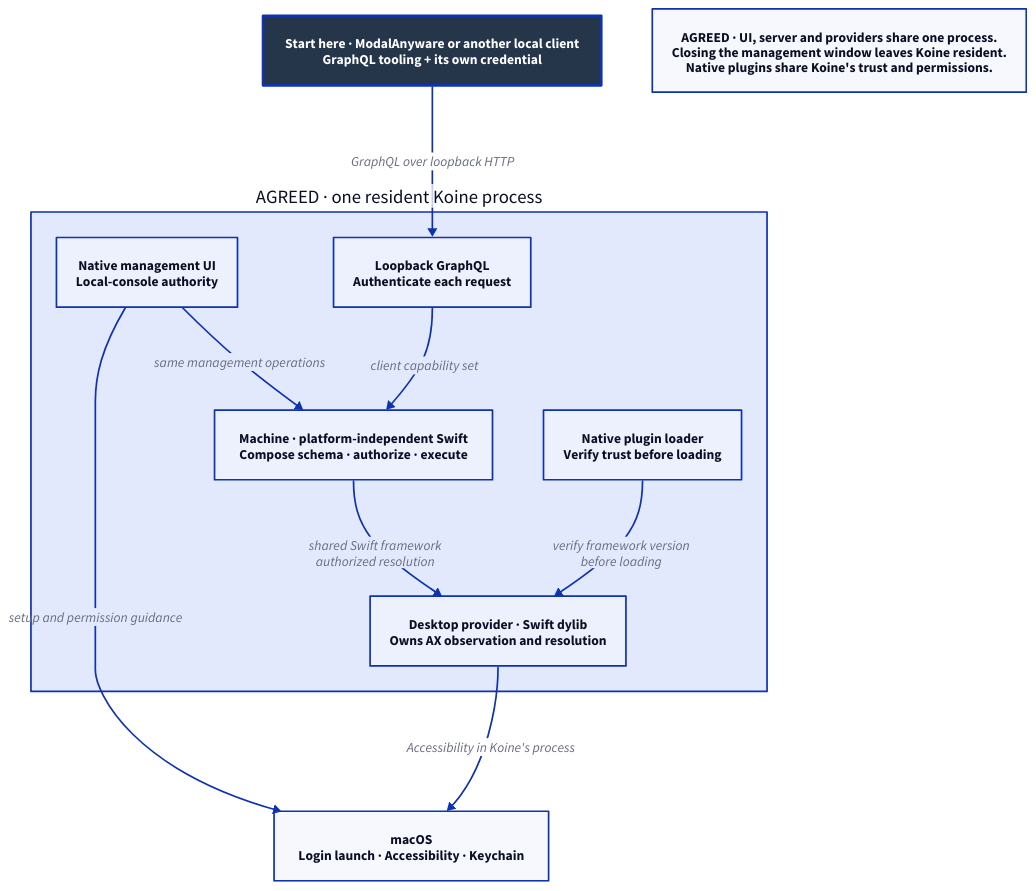
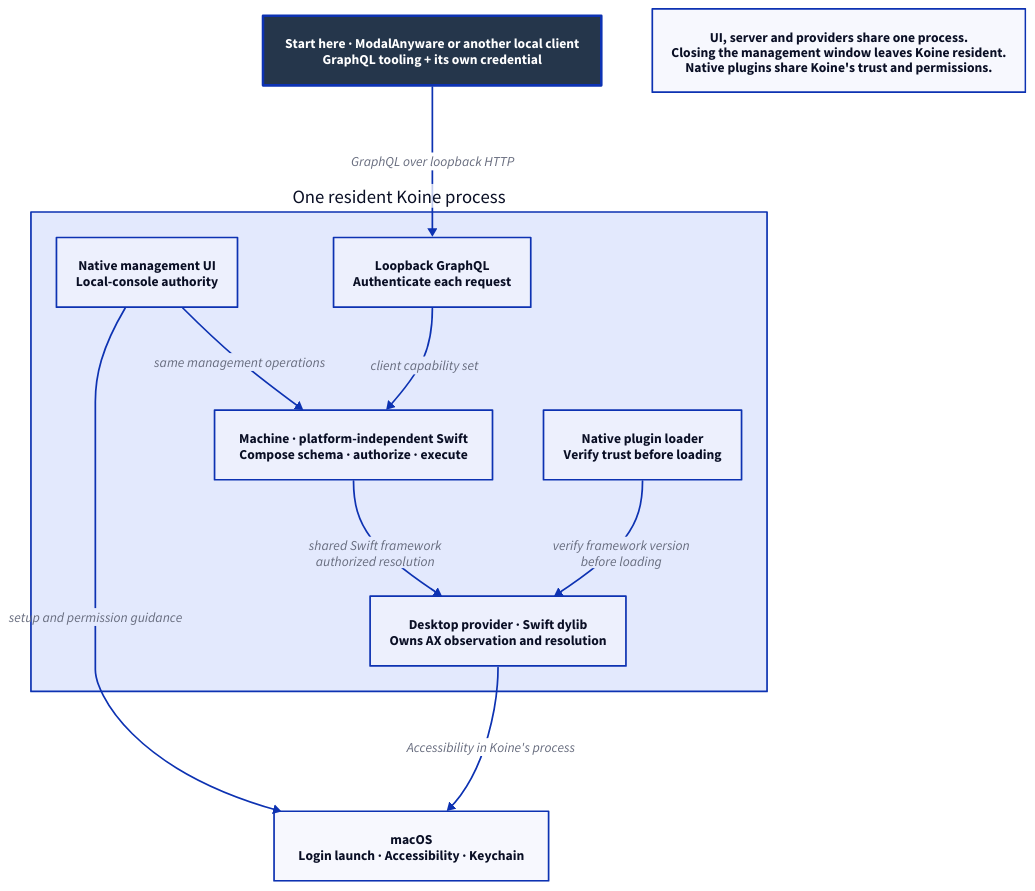
The diagram in docs/design/architecture/desktop-composition.d2 (Linkuistics/Koine), drawn with D2 before and after one commit. The commit also changed 48 other files, not shown here.

```diff
--- a/docs/design/architecture/desktop-composition.d2
+++ b/docs/design/architecture/desktop-composition.d2
@@ -1,23 +1,23 @@
 # General dependency graph. Boxes identify responsibilities, not separate processes.
 direction: down
 classes: {
   start: {style: {fill: "#25364B"; font-color: "#FFFFFF"; bold: true; stroke-width: 3}}
 }
 Client: "Start here · ModalAnyware or another local client\nGraphQL tooling + its own credential" {class: start}
-Koine: "AGREED · one resident Koine process" {
+Koine: "One resident Koine process" {
   style.font-size: 22
   UI: "Native management UI\nLocal-console authority"
   HTTP: "Loopback GraphQL\nAuthenticate each request"
   Core: "Machine · platform-independent Swift\nCompose schema · authorize · execute"
   Loader: "Native plugin loader\nVerify trust before loading"
   Desktop: "Desktop provider · Swift dylib\nOwns AX observation and resolution"
   UI -> Core: "same management operations"
   HTTP -> Core: "client capability set"
   Core -> Desktop: "shared Swift framework\nauthorized resolution"
   Loader -> Desktop: "verify framework version\nbefore loading"
 }
 OS: "macOS\nLogin launch · Accessibility · Keychain"
 Client -> Koine.HTTP: "GraphQL over loopback HTTP"
 Koine.UI -> OS: "setup and permission guidance"
 Koine.Desktop -> OS: "Accessibility in Koine's process"
-Caption: "AGREED · UI, server and providers share one process.\nClosing the management window leaves Koine resident.\nNative plugins share Koine's trust and permissions."
+Caption: "UI, server and providers share one process.\nClosing the management window leaves Koine resident.\nNative plugins share Koine's trust and permissions."
```
